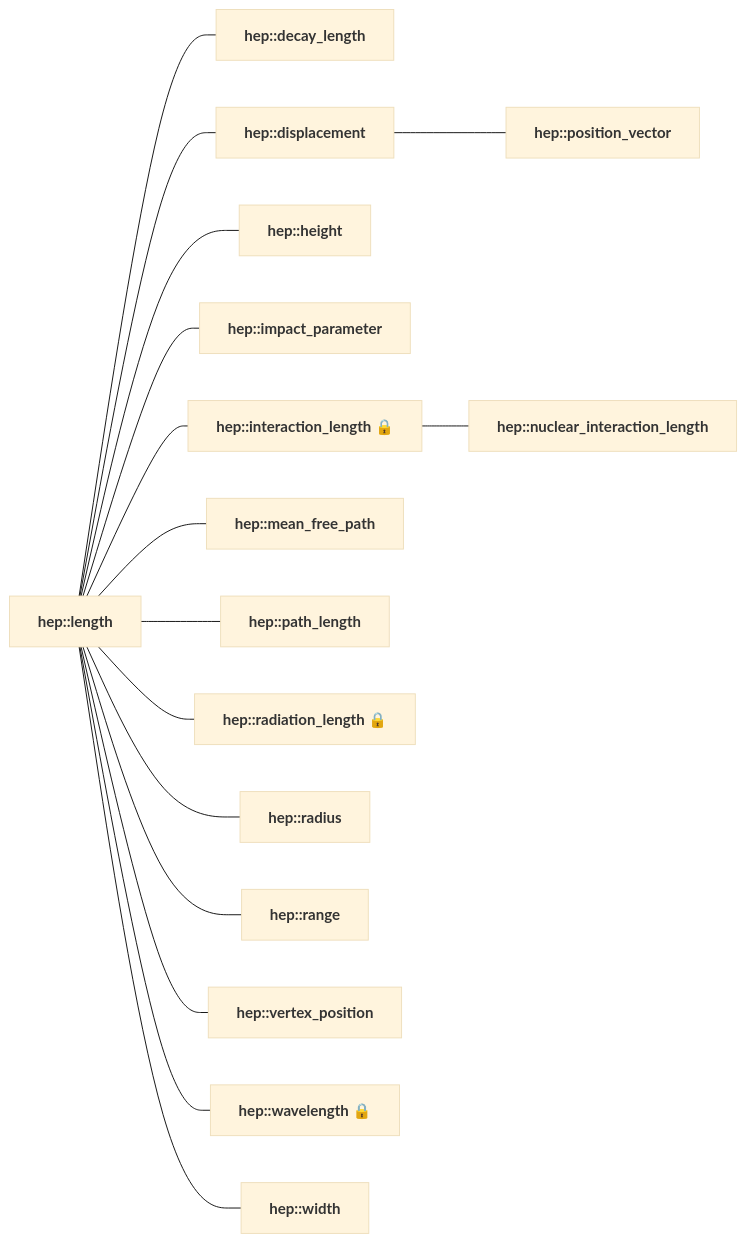
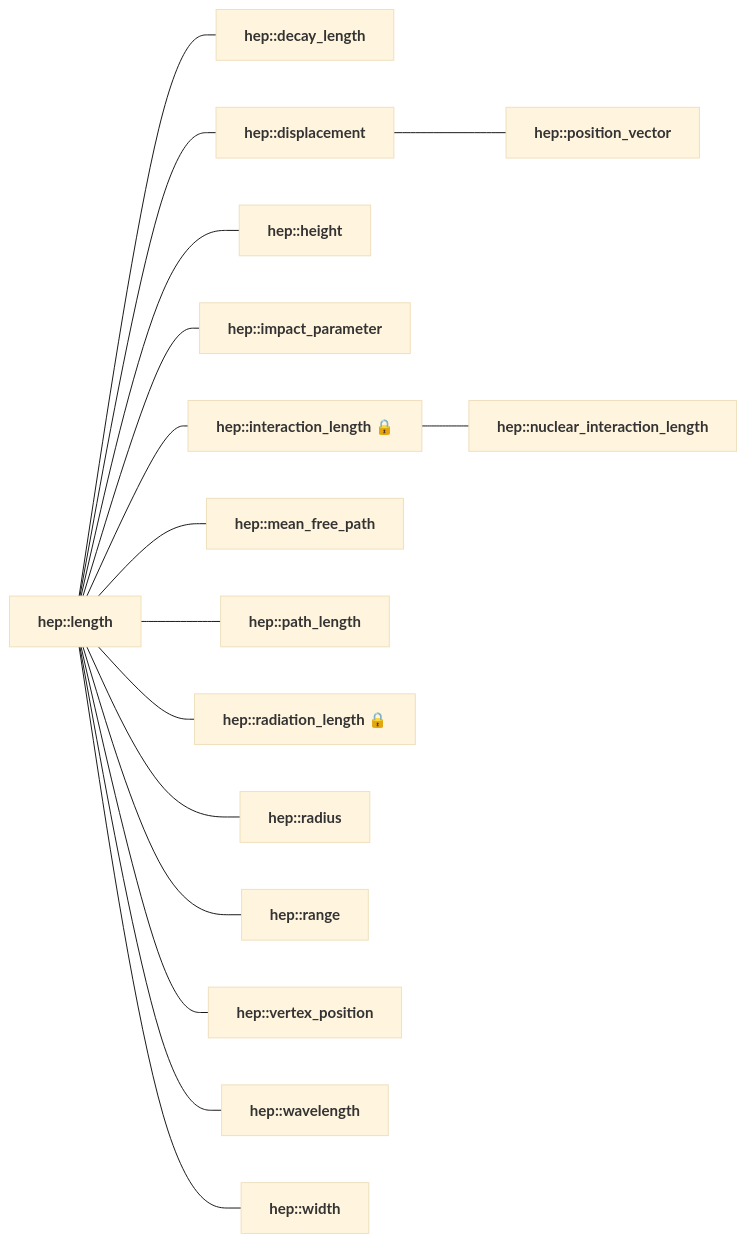
Before and after one commit to xiaohunqupo/mp-units: the diagram in docs/reference/systems_reference/hierarchies/length_hep.md, drawn with Mermaid (base theme). The commit also changed 7 other files, not shown here.

````diff
--- a/docs/reference/systems_reference/hierarchies/length_hep.md
+++ b/docs/reference/systems_reference/hierarchies/length_hep.md
@@ -10,34 +10,34 @@
 ```mermaid
 flowchart LR
     hep_length["<b><a href="../../systems/hep/#length" style="color: var(--md-mermaid-label-fg-color); text-decoration: none;">hep::length</a></b>"]
     hep_decay_length["<b><a href="../../systems/hep/#decay_length" style="color: var(--md-mermaid-label-fg-color); text-decoration: none;">hep::decay_length</a></b>"]
     hep_length --- hep_decay_length
     hep_displacement["<b><a href="../../systems/hep/#displacement" style="color: var(--md-mermaid-label-fg-color); text-decoration: none;">hep::displacement</a></b>"]
     hep_length --- hep_displacement
     hep_position_vector["<b><a href="../../systems/hep/#position_vector" style="color: var(--md-mermaid-label-fg-color); text-decoration: none;">hep::position_vector</a></b>"]
     hep_displacement --- hep_position_vector
     hep_height["<b><a href="../../systems/hep/#height" style="color: var(--md-mermaid-label-fg-color); text-decoration: none;">hep::height</a></b>"]
     hep_length --- hep_height
     hep_impact_parameter["<b><a href="../../systems/hep/#impact_parameter" style="color: var(--md-mermaid-label-fg-color); text-decoration: none;">hep::impact_parameter</a></b>"]
     hep_length --- hep_impact_parameter
     hep_interaction_length["<b><a href="../../systems/hep/#interaction_length" style="color: var(--md-mermaid-label-fg-color); text-decoration: none;">hep::interaction_length</a> 🔒</b>"]
     hep_length --- hep_interaction_length
     hep_nuclear_interaction_length["<b><a href="../../systems/hep/#nuclear_interaction_length" style="color: var(--md-mermaid-label-fg-color); text-decoration: none;">hep::nuclear_interaction_length</a></b>"]
     hep_interaction_length --- hep_nuclear_interaction_length
     hep_mean_free_path["<b><a href="../../systems/hep/#mean_free_path" style="color: var(--md-mermaid-label-fg-color); text-decoration: none;">hep::mean_free_path</a></b>"]
     hep_length --- hep_mean_free_path
     hep_path_length["<b><a href="../../systems/hep/#path_length" style="color: var(--md-mermaid-label-fg-color); text-decoration: none;">hep::path_length</a></b>"]
     hep_length --- hep_path_length
     hep_radiation_length["<b><a href="../../systems/hep/#radiation_length" style="color: var(--md-mermaid-label-fg-color); text-decoration: none;">hep::radiation_length</a> 🔒</b>"]
     hep_length --- hep_radiation_length
     hep_radius["<b><a href="../../systems/hep/#radius" style="color: var(--md-mermaid-label-fg-color); text-decoration: none;">hep::radius</a></b>"]
     hep_length --- hep_radius
     hep_range["<b><a href="../../systems/hep/#range" style="color: var(--md-mermaid-label-fg-color); text-decoration: none;">hep::range</a></b>"]
     hep_length --- hep_range
     hep_vertex_position["<b><a href="../../systems/hep/#vertex_position" style="color: var(--md-mermaid-label-fg-color); text-decoration: none;">hep::vertex_position</a></b>"]
     hep_length --- hep_vertex_position
-    hep_wavelength["<b><a href="../../systems/hep/#wavelength" style="color: var(--md-mermaid-label-fg-color); text-decoration: none;">hep::wavelength</a> 🔒</b>"]
+    hep_wavelength["<b><a href="../../systems/hep/#wavelength" style="color: var(--md-mermaid-label-fg-color); text-decoration: none;">hep::wavelength</a></b>"]
     hep_length --- hep_wavelength
     hep_width["<b><a href="../../systems/hep/#width" style="color: var(--md-mermaid-label-fg-color); text-decoration: none;">hep::width</a></b>"]
     hep_length --- hep_width
 ```
````
